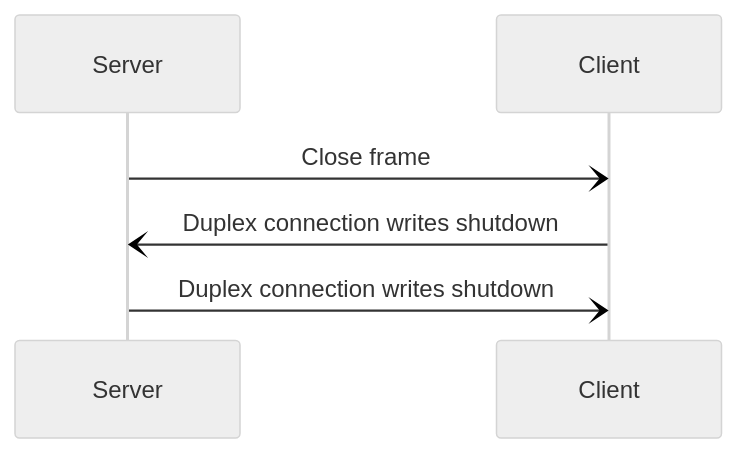
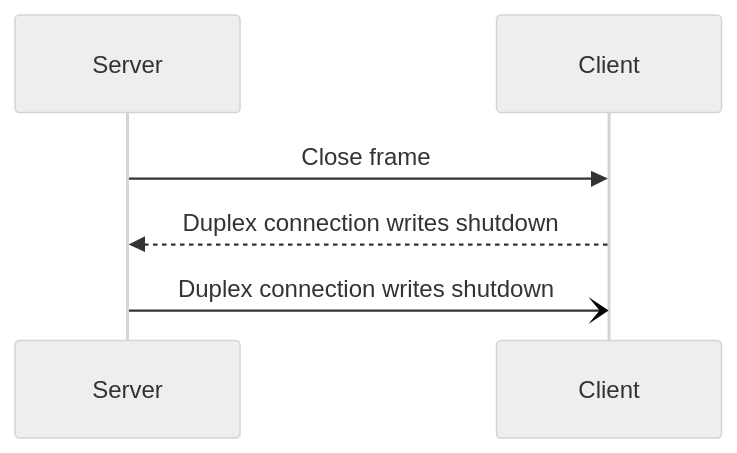
The second of 2 diagrams in pages/icerpc-core/slic-protocol/connection-closure.md (icerpc/icerpc-docs), drawn with Mermaid (neutral theme) before and after one commit. The commit also changed other lines of this file and 2 other files, not shown here.

Commit message:
Review fixes

````diff
--- a/pages/icerpc-core/slic-protocol/connection-closure.md
+++ b/pages/icerpc-core/slic-protocol/connection-closure.md
@@ -58,6 +58,6 @@
 ```mermaid
 sequenceDiagram
-    Server-)Client: Close frame
-    Client-)Server: Duplex connection writes shutdown
+    Server->>Client: Close frame
+    Client-->>Server: Duplex connection writes shutdown
     Server-)Client: Duplex connection writes shutdown
 ```
````
